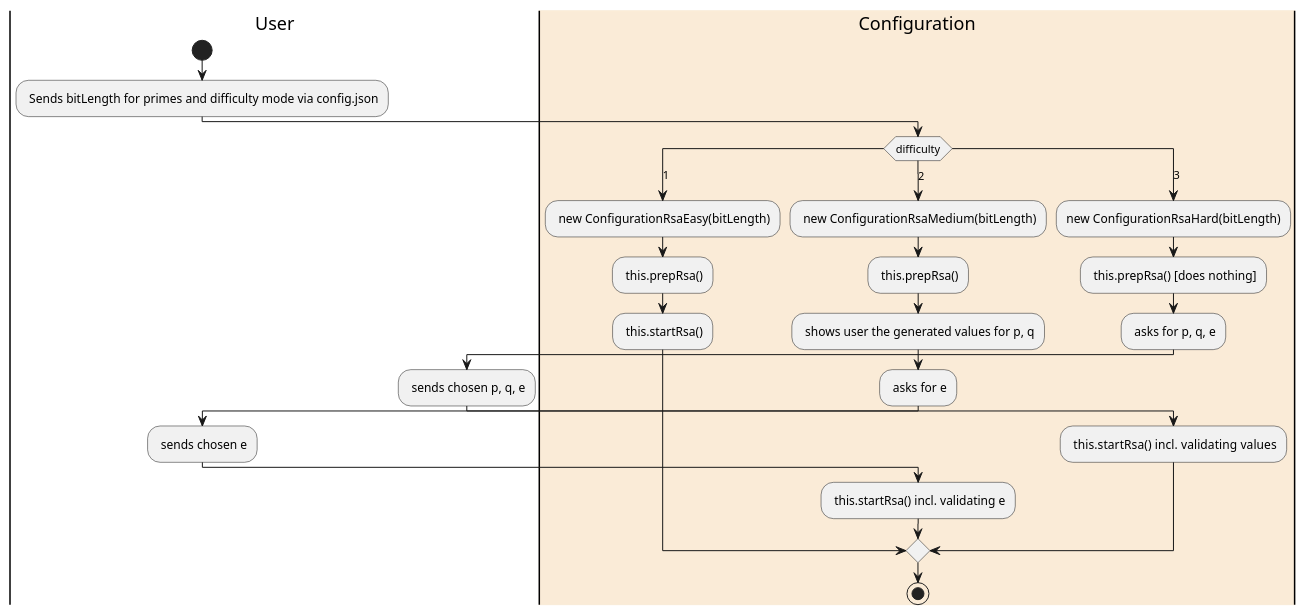
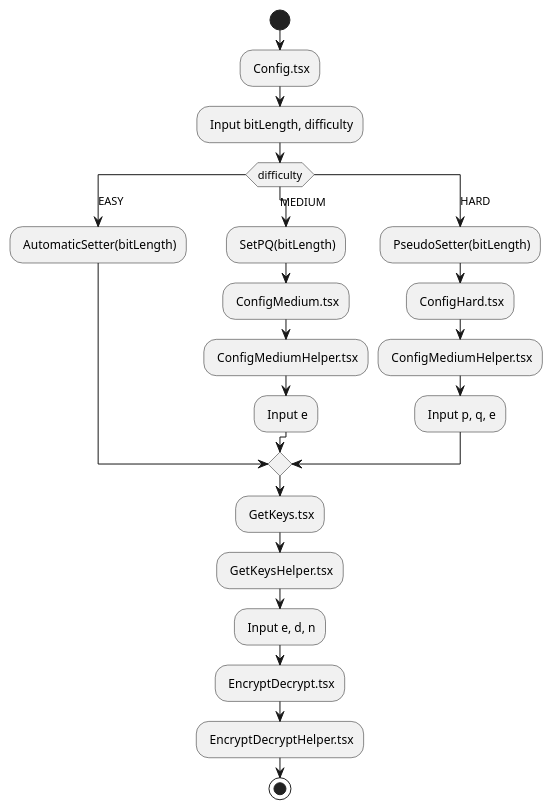
One commit to a-schulz/ALADIN_Cryptography changed the diagram in docs/activity_diagram.puml. Above: the diagram before and after it, drawn with PlantUML. The commit also changed 9 other files, not shown here.

```diff
--- a/docs/activity_diagram.puml
+++ b/docs/activity_diagram.puml
@@ -1,62 +1,27 @@
 @startuml
 'https://plantuml.com/activity-diagram-beta
-| User |
+|Frontend |
 start
-: Sends bitLength for primes and difficulty mode via config.json;
-|#AntiqueWhite| Configuration |
+: Config.tsx;
+: Input bitLength, difficulty;
 switch(difficulty)
-    case(1)
-        : new ConfigurationRsaEasy(bitLength);
-        : this.prepRsa();
-        : this.startRsa();
-    case(2)
-        : new ConfigurationRsaMedium(bitLength);
-        : this.prepRsa();
-        : shows user the generated values for p, q;
-        : asks for e;
-        | User |
-        : sends chosen e;
-        | Configuration |
-        : this.startRsa() incl. validating e;
-    case(3)
-        :new ConfigurationRsaHard(bitLength);
-        : this.prepRsa() [does nothing];
-        : asks for p, q, e;
-        | User |
-        : sends chosen p, q, e;
-        | Configuration |
-        : this.startRsa()  incl. validating values;
+    case(EASY)
+    : AutomaticSetter(bitLength);
+    case(MEDIUM)
+        : SetPQ(bitLength);
+        : ConfigMedium.tsx;
+        : ConfigMediumHelper.tsx;
+        : Input e;
+    case(HARD)
+        : PseudoSetter(bitLength);
+        : ConfigHard.tsx;
+        : ConfigMediumHelper.tsx;
+        : Input p, q, e;
 endswitch
+: GetKeys.tsx;
+: GetKeysHelper.tsx;
+: Input e, d, n;
+: EncryptDecrypt.tsx;
+: EncryptDecryptHelper.tsx;
 stop
-':new page;
-'if (Page.onSecurityCheck) then (true)
-'  :Page.onInit();
-'  if (isForward?) then (no)
-'    :Process controls;
-'    if (continue processing?) then (no)
-'      stop
-'    endif
-'| Configuration |
-'    if (isPost?) then (yes)
-'      :Page.onPost();
-'    else (no)
-'      :Page.onGet();
-'    endif
-'    :Page.onRender();
-'  endif
-'else (false)
-'endif
-'
-'if (do redirect?) then (yes)
-'  :redirect process;
-'else
-'  if (do forward?) then (yes)
-'    :Forward request;
-'  else (no)
-'    :Render page template;
-'  endif
-'endif
-'
-'stop
-
 @enduml
```
